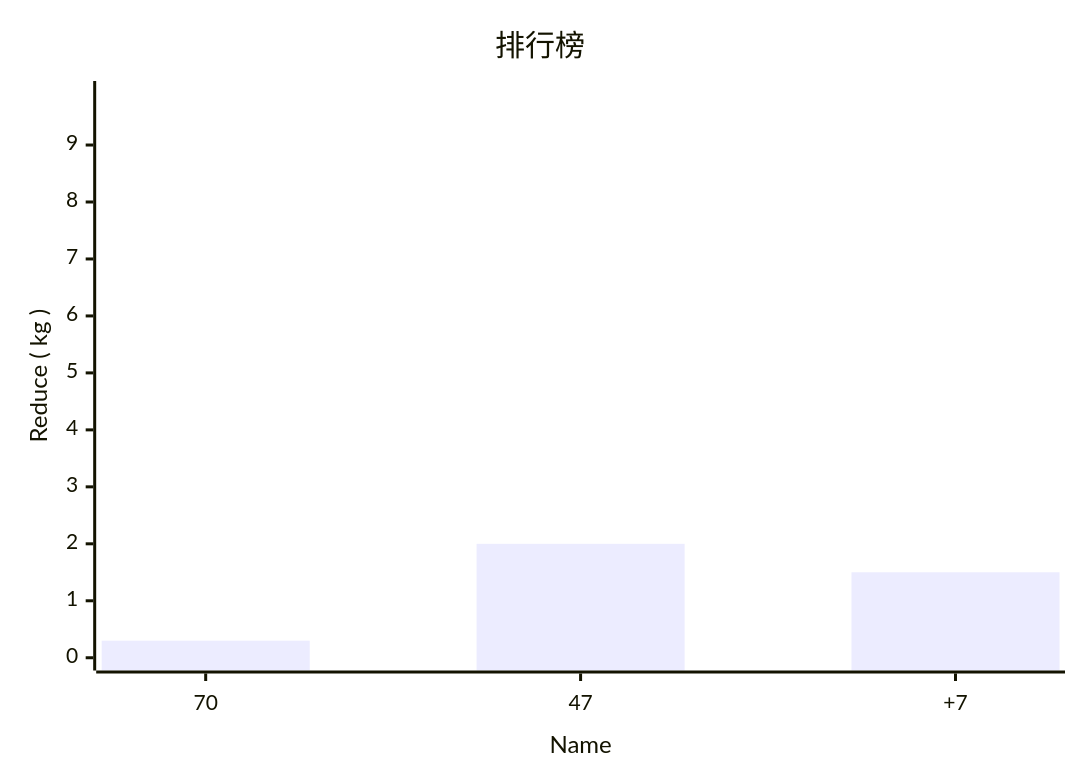
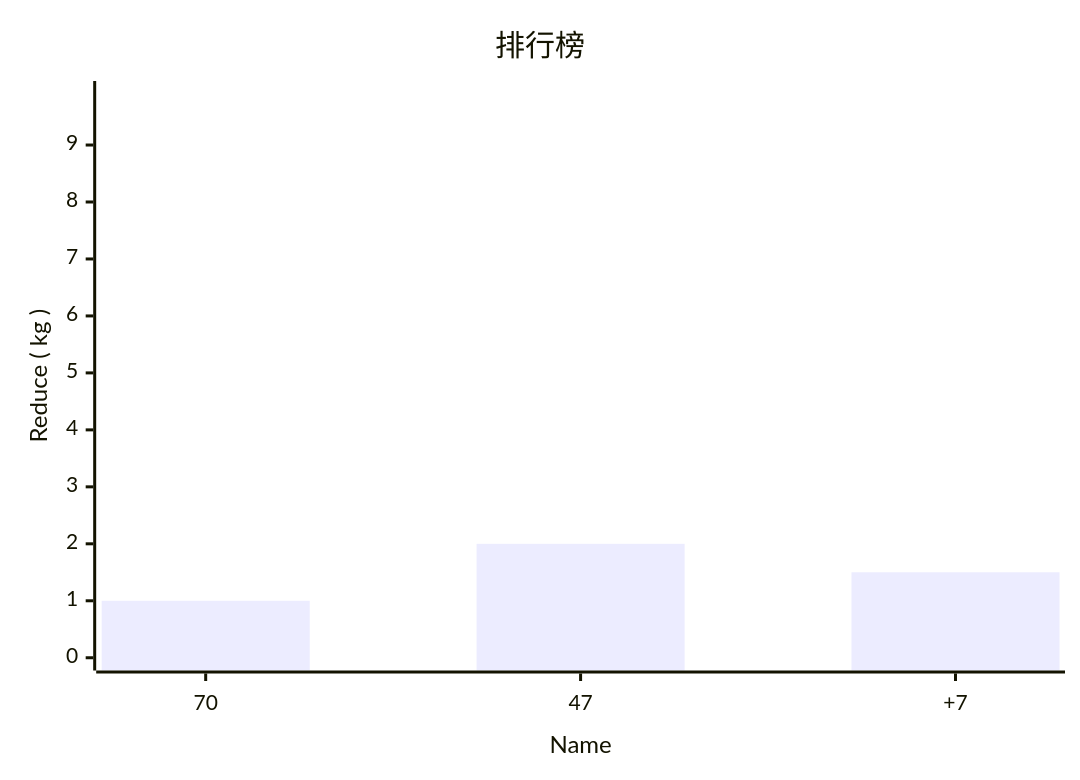
Before and after one commit to gnakilgnoh/house_of_YuanJQ: the diagram in docs/mutual_aid_society/rank.md, drawn with Mermaid.

````diff
--- a/docs/mutual_aid_society/rank.md
+++ b/docs/mutual_aid_society/rank.md
@@ -7,7 +7,7 @@
 ```mermaid
 xychart-beta
     title "排行榜"
     x-axis " Name "[70, 47, +7]
     y-axis " Reduce ( kg )" 0 --> 9.9
-    bar [0.3, 2, 1.5]
+    bar [1, 2, 1.5] 
 ```
````
